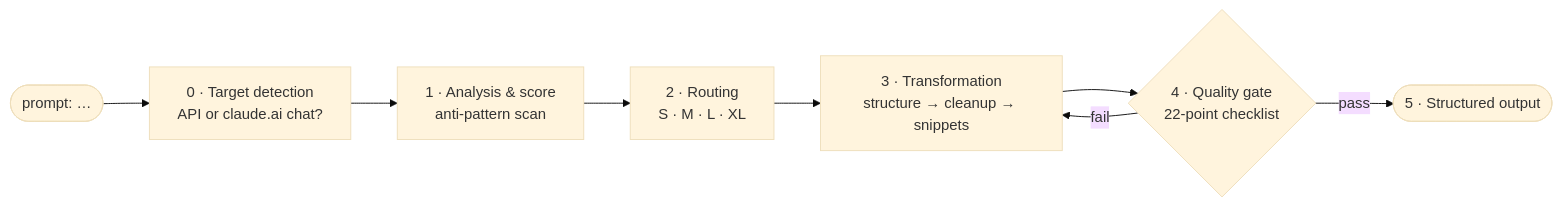
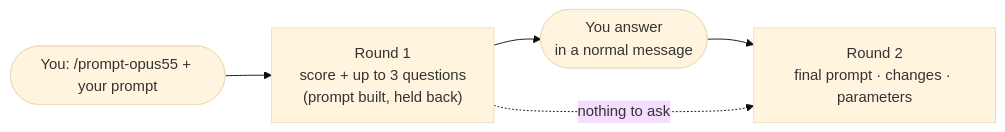
Before and after one commit to CheswickDEV/claude-opus-5.5-prompt-optimizer: the diagram in README.md, drawn with Mermaid (base theme). The commit also changed other lines of this file and 4 other files, not shown here.

First line of the commit message:
README: visual redesign — centered header, at-a-glance tables, charts

````diff
--- a/README.md
+++ b/README.md
@@ -222,10 +49,7 @@
 ```mermaid
 flowchart LR
-    IN(["prompt: …"]) --> P0["0 · Target detection<br/>API or claude.ai chat?"]
-    P0 --> P1["1 · Analysis &amp; score<br/>anti-pattern scan"]
-    P1 --> P2["2 · Routing<br/>S · M · L · XL"]
-    P2 --> P3["3 · Transformation<br/>structure → cleanup → snippets"]
-    P3 --> P4{"4 · Quality gate<br/>22-point checklist"}
-    P4 -- fail --> P3
-    P4 -- pass --> P5(["5 · Structured output"])
+    you(["You: /prompt-opus55 + your prompt"]) --> r1["Round 1<br/>score + up to 3 questions<br/>(prompt built, held back)"]
+    r1 --> ans(["You answer<br/>in a normal message"])
+    ans --> r2["Round 2<br/>final prompt · changes · parameters"]
+    r1 -. "nothing to ask" .-> r2
 ```
````
